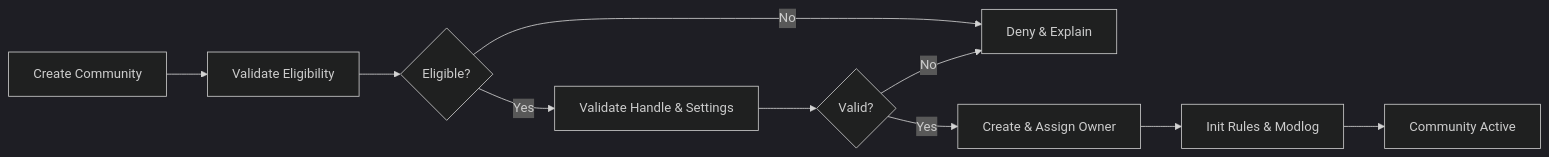
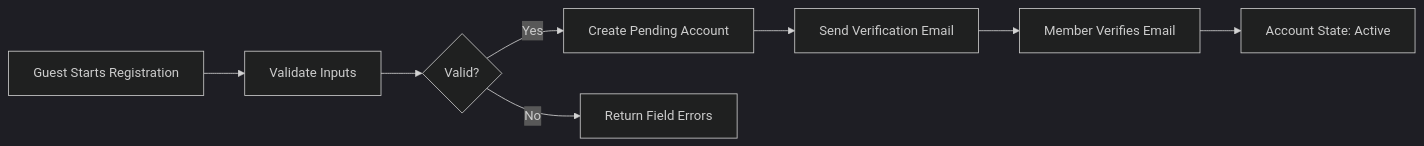
One commit to wrtnlabs/autobe-examples changed the first of 7 diagrams in openai/gpt-5/reddit/docs/analysis/02-communityPlatform-business-model.md. Above: the diagram before and after it, drawn with Mermaid (dark theme). The commit also changed other lines of this file and 16146 other files, not shown here.

````diff
--- a/openai/gpt-5/reddit/docs/analysis/02-communityPlatform-business-model.md
+++ b/openai/gpt-5/reddit/docs/analysis/02-communityPlatform-business-model.md
@@ -92,12 +43,10 @@
 ```mermaid
 graph LR
-  A["Create Community"] --> B["Validate Eligibility"]
-  B --> C{"Eligible?"}
-  C -->|"Yes"| D["Validate Handle & Settings"]
-  C -->|"No"| Z["Deny & Explain"]
-  D --> E{"Valid?"}
-  E -->|"Yes"| F["Create & Assign Owner"]
-  E -->|"No"| Z
-  F --> G["Init Rules & Modlog"]
-  G --> H["Community Active"]
+  A["Guest Starts Registration"] --> B["Validate Inputs"]
+  B --> C{"Valid?"}
+  C -->|"Yes"| D["Create Pending Account"]
+  D --> E["Send Verification Email"]
+  E --> F["Member Verifies Email"]
+  F --> G["Account State: Active"]
+  C -->|"No"| X["Return Field Errors"]
 ```
````
